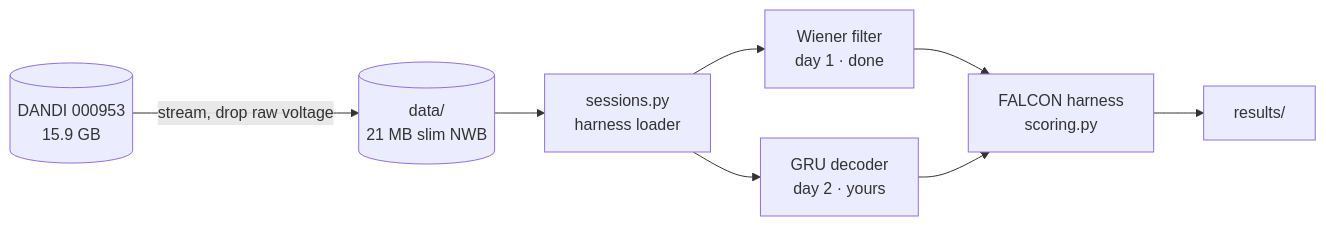
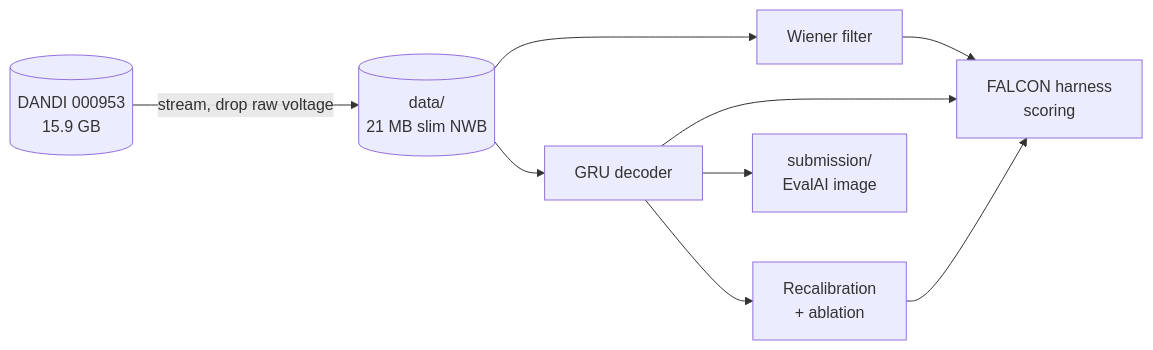
The diagram in README.md (amalmehta/NeuroFalcon), drawn with Mermaid before and after one commit. The commit also changed other lines of this file and 27 other files, not shown here.

First line of the commit message:
GRU decoder, recalibration curve, ablation and EvalAI packaging

````diff
--- a/README.md
+++ b/README.md
@@ -7,10 +16,9 @@
 ```mermaid
 flowchart LR
     D[(DANDI 000953<br/>15.9 GB)] -->|stream, drop raw voltage| S[(data/<br/>21 MB slim NWB)]
-    S --> L[sessions.py<br/>harness loader]
-    L --> W[Wiener filter<br/>day 1 · done]
-    L --> G[GRU decoder<br/>day 2 · yours]
-    W --> H[FALCON harness<br/>scoring.py]
-    G --> H
-    H --> R[results/]
+    S --> W[Wiener filter]
+    S --> G[GRU decoder]
+    G --> R[Recalibration<br/>+ ablation]
+    W & G & R --> H[FALCON harness<br/>scoring]
+    G --> X[submission/<br/>EvalAI image]
 ```
````
